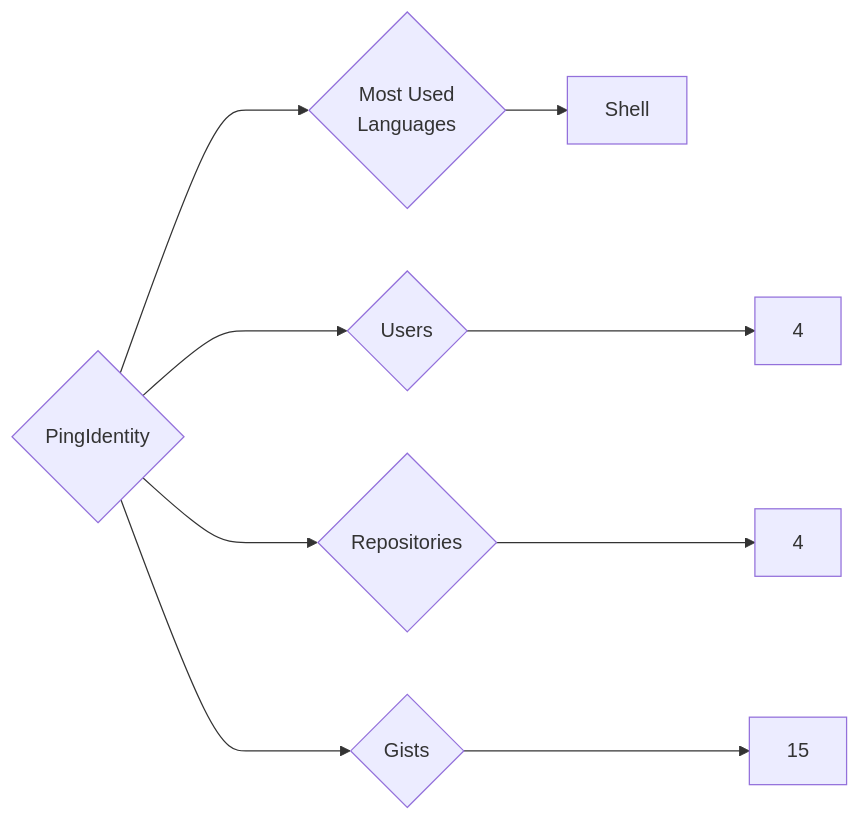
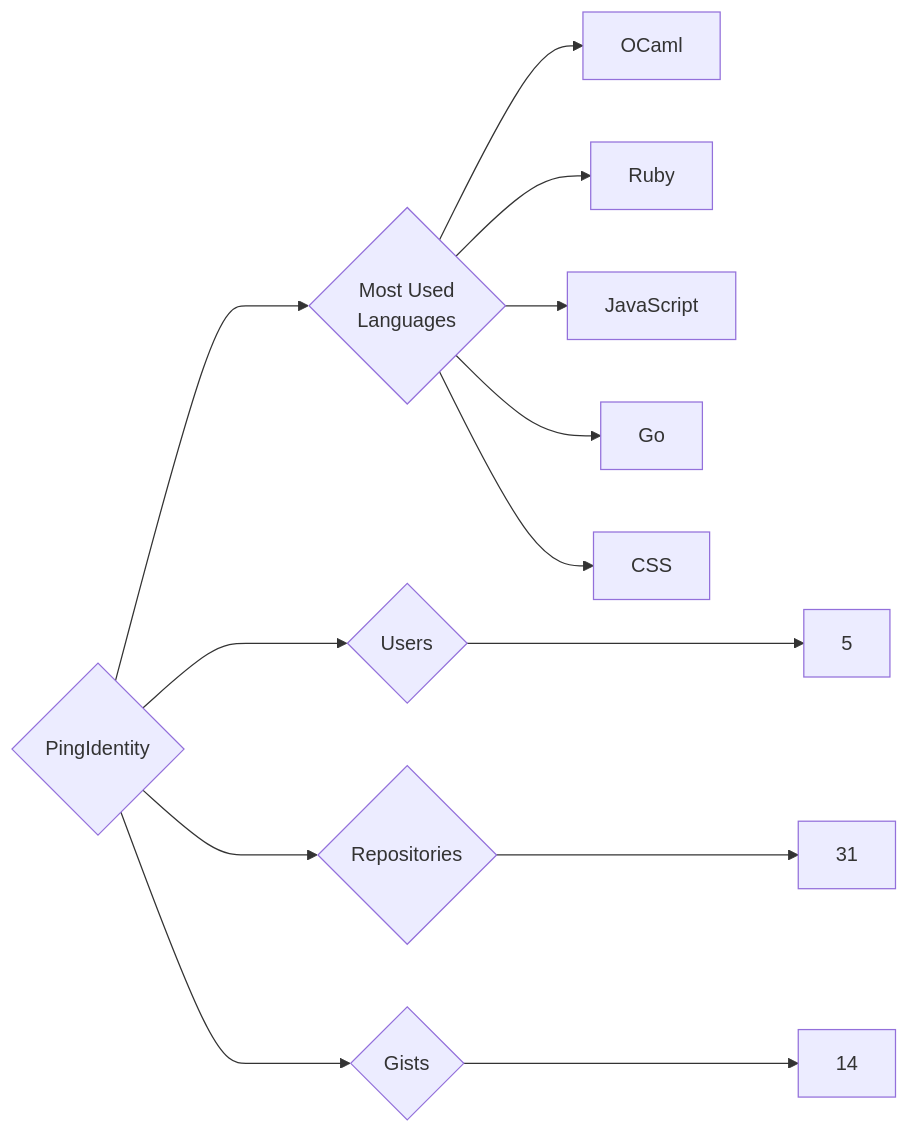
One commit to trickest/insiders changed the diagram in targets/PingIdentity/README.md. Above: the diagram before and after it, drawn with Mermaid. The commit also changed 1389 other files, not shown here.

````diff
--- a/targets/PingIdentity/README.md
+++ b/targets/PingIdentity/README.md
@@ -3,9 +3,13 @@
 ```mermaid
 graph LR
 COMPANY_NAME{PingIdentity}
-COMPANY_NAME ---> U{Users} ---> UN[4]
-COMPANY_NAME ---> R{Repositories} ---> RN[4]
-COMPANY_NAME ---> G{Gists} ---> GN[15]
+COMPANY_NAME ---> U{Users} ---> UN[5]
+COMPANY_NAME ---> R{Repositories} ---> RN[31]
+COMPANY_NAME ---> G{Gists} ---> GN[14]
 COMPANY_NAME ---> ML{Most Used<br>Languages}
-ML --> Shell[Shell]
+ML --> OCaml[OCaml]
+ML --> Ruby[Ruby]
+ML --> JavaScript[JavaScript]
+ML --> Go[Go]
+ML --> CSS[CSS]
 ```
````
